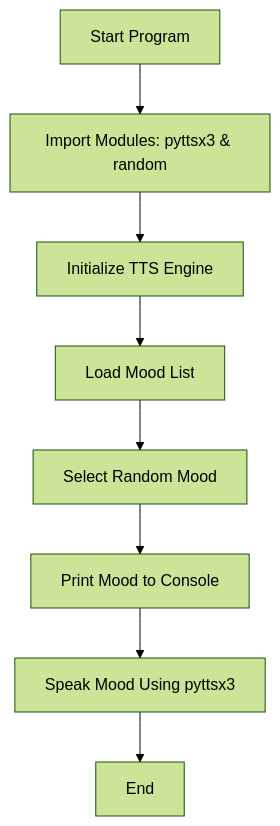
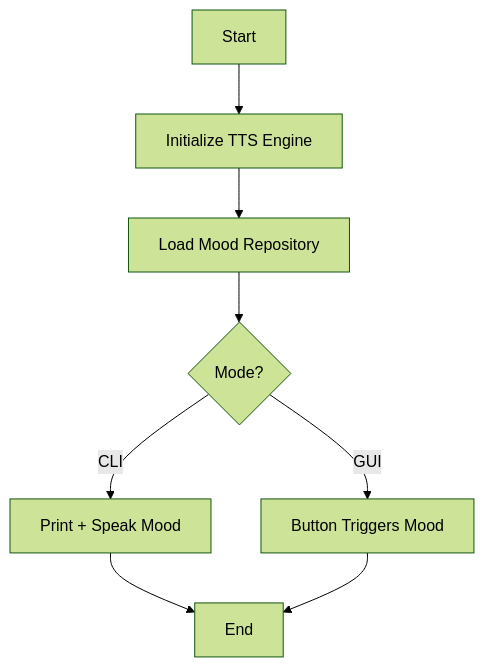
One commit to alok-kumar8765/robot_mood_announcer changed the diagram in README.md. Above: the diagram before and after it, drawn with Mermaid (forest theme). The commit also changed other lines of this file, not shown here.

````diff
--- a/README.md
+++ b/README.md
@@ -29,10 +44,10 @@
 ```mermaid
 flowchart TD
-    A[Start Program] --> B[Import Modules: pyttsx3 & random]
-    B --> C[Initialize TTS Engine]
-    C --> D[Load Mood List]
-    D --> E[Select Random Mood]
-    E --> F[Print Mood to Console]
-    F --> G[Speak Mood Using pyttsx3]
-    G --> H[End]
+    A[Start] --> B[Initialize TTS Engine]
+    B --> C[Load Mood Repository]
+    C --> D{Mode?}
+    D -->|CLI| E[Print + Speak Mood]
+    D -->|GUI| F[Button Triggers Mood]
+    E --> G[End]
+    F --> G[End]
 ```
````
